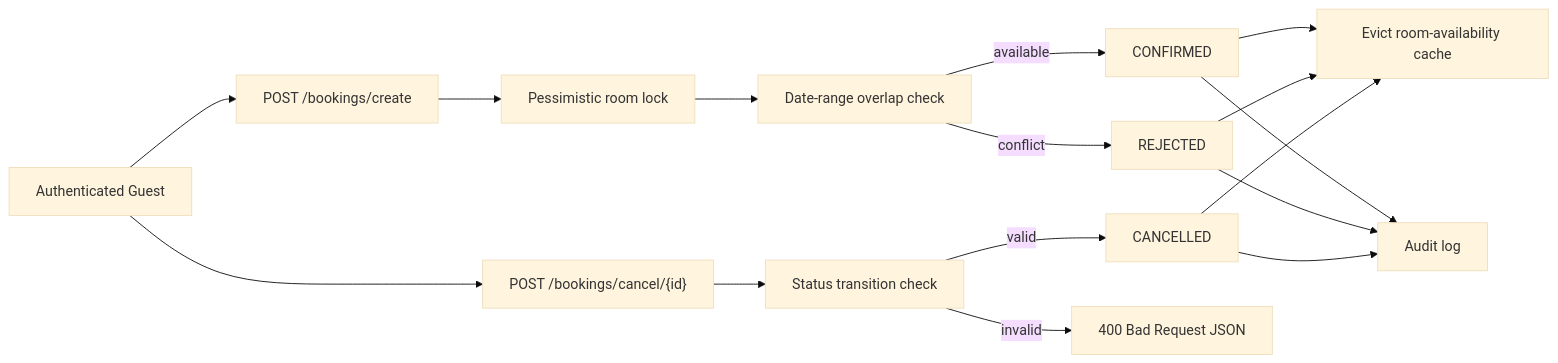
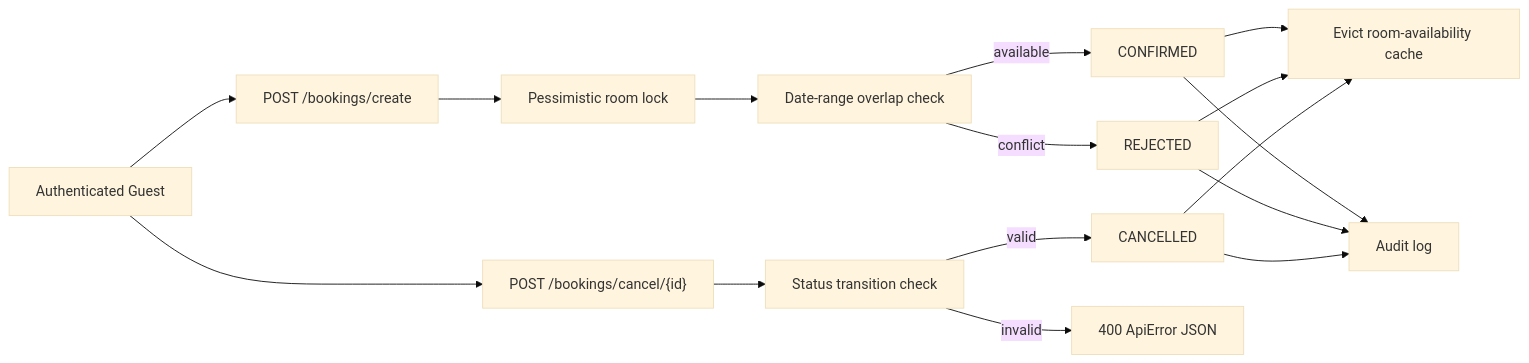
One commit to byte2code/hotel-management-api changed the second of 3 diagrams in README.md. Above: the diagram before and after it, drawn with Mermaid (base theme). The commit also changed other lines of this file, not shown here.

Commit message:
Update README.md project structure, environment configuration, and Mermaid workflow diagrams

````diff
--- a/README.md
+++ b/README.md
@@ -252,22 +255,22 @@
 ```mermaid
 flowchart LR
     Guest["Authenticated Guest"] --> Create["POST /bookings/create"]
     Guest --> Cancel["POST /bookings/cancel/{id}"]
 
     Create --> RoomLock["Pessimistic room lock"]
     RoomLock --> Overlap["Date-range overlap check"]
     Overlap -->|available| Confirmed["CONFIRMED"]
     Overlap -->|conflict| Rejected["REJECTED"]
 
     Cancel --> StateCheck["Status transition check"]
     StateCheck -->|valid| Cancelled["CANCELLED"]
-    StateCheck -->|invalid| Error["400 Bad Request JSON"]
+    StateCheck -->|invalid| Error["400 ApiError JSON"]
 
     Confirmed --> CacheEvict["Evict room-availability cache"]
     Rejected --> CacheEvict
     Cancelled --> CacheEvict
 
     Confirmed --> Audit["Audit log"]
     Rejected --> Audit
     Cancelled --> Audit
 ```
````
